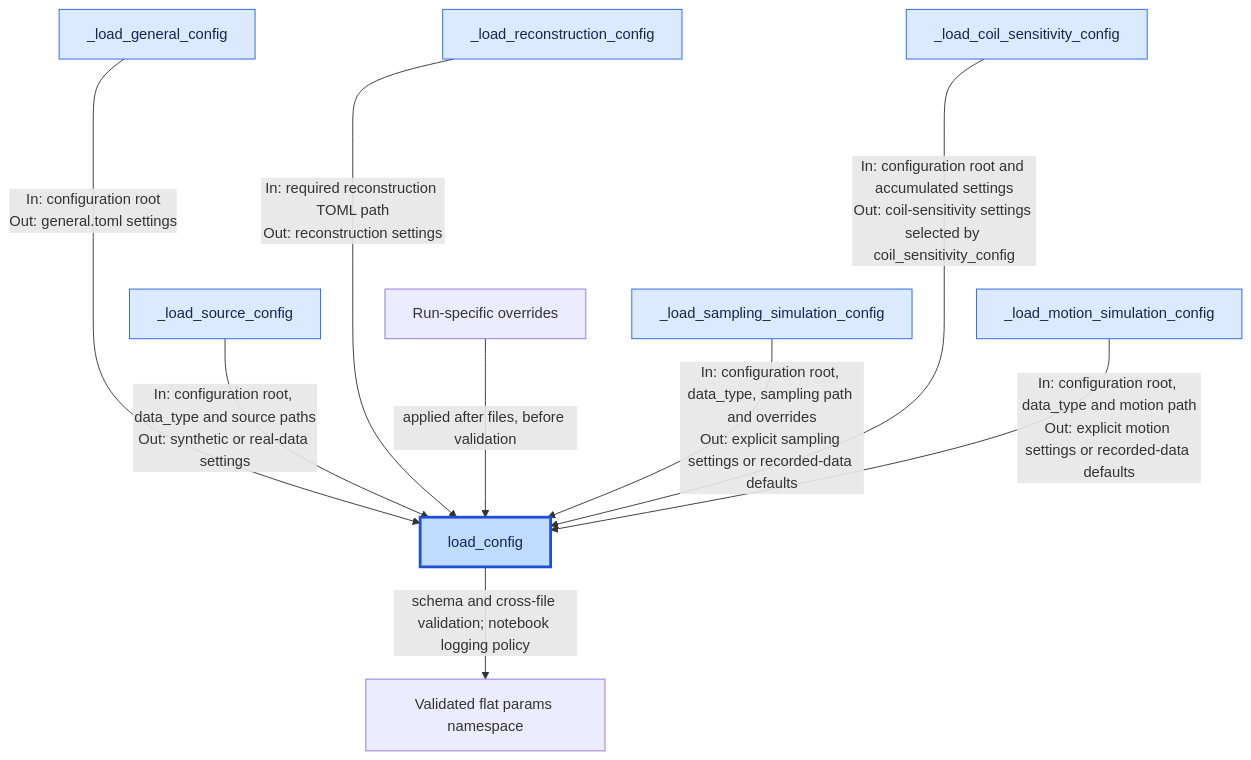
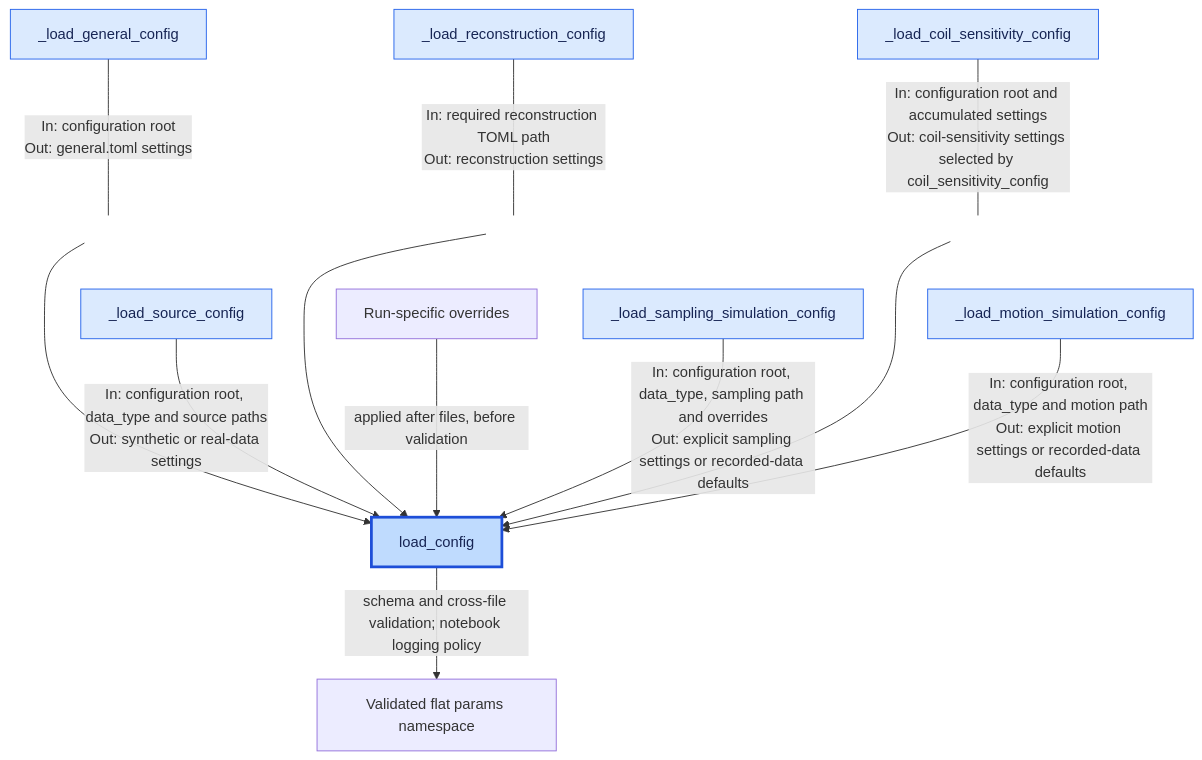
One commit to IADI-Nancy/GRICS-torch changed the diagram in docs/architecture/configuration.md. Above: the diagram before and after it, drawn with Mermaid. The commit also changed 1 other file, not shown here.

Commit message:
Reformatted data flows in documentation once again

````diff
--- a/docs/architecture/configuration.md
+++ b/docs/architecture/configuration.md
@@ -8,23 +8,26 @@
 ```mermaid
 flowchart TD
-    General[_load_general_config] -->|"In: configuration root<br/>Out: general.toml settings"| Load[load_config]
-    Reconstruction[_load_reconstruction_config] -->|"In: required reconstruction TOML path<br/>Out: reconstruction settings"| Load
-    Coil[_load_coil_sensitivity_config] -->|"In: configuration root and accumulated settings<br/>Out: coil-sensitivity settings selected by coil_sensitivity_config"| Load
+    General[_load_general_config] ---|"In: configuration root<br/>Out: general.toml settings"| GeneralGap[" "]
+    GeneralGap --> Load[load_config]
+    Reconstruction[_load_reconstruction_config] ---|"In: required reconstruction TOML path<br/>Out: reconstruction settings"| ReconstructionGap[" "]
+    ReconstructionGap --> Load
+    Coil[_load_coil_sensitivity_config] ---|"In: configuration root and accumulated settings<br/>Out: coil-sensitivity settings selected by coil_sensitivity_config"| CoilGap[" "]
+    CoilGap --> Load
     Source[_load_source_config] -->|"In: configuration root, data_type and source paths<br/>Out: synthetic or real-data settings"| Load
     Sampling[_load_sampling_simulation_config] -->|"In: configuration root, data_type, sampling path and overrides<br/>Out: explicit sampling settings or recorded-data defaults"| Load
     Motion[_load_motion_simulation_config] -->|"In: configuration root, data_type and motion path<br/>Out: explicit motion settings or recorded-data defaults"| Load
     Overrides[Run-specific overrides] -->|applied after files, before validation| Load
     Load -->|schema and cross-file validation; notebook logging policy| Params[Validated flat params namespace]
 
-    %% Layout-only nodes lift selected sources two ranks above the lower row.
-    General ~~~ GeneralGap[" "] ~~~ Source
-    Reconstruction ~~~ ReconstructionGap[" "] ~~~ Sampling
-    Coil ~~~ CoilGap[" "] ~~~ Motion
+    %% Hidden route nodes keep selected labels on the upper edge segments.
+    GeneralGap ~~~ Source
+    ReconstructionGap ~~~ Sampling
+    CoilGap ~~~ Motion
 
     classDef pythonClass fill:#dbeafe,stroke:#2563eb,color:#172554
     classDef coordinator fill:#bfdbfe,stroke:#1d4ed8,stroke-width:3px,color:#172554
     classDef layoutNode fill:transparent,stroke:transparent,color:transparent
     class General,Reconstruction,Coil,Source,Sampling,Motion pythonClass
     class Load coordinator
     class GeneralGap,ReconstructionGap,CoilGap layoutNode
 ```
````
